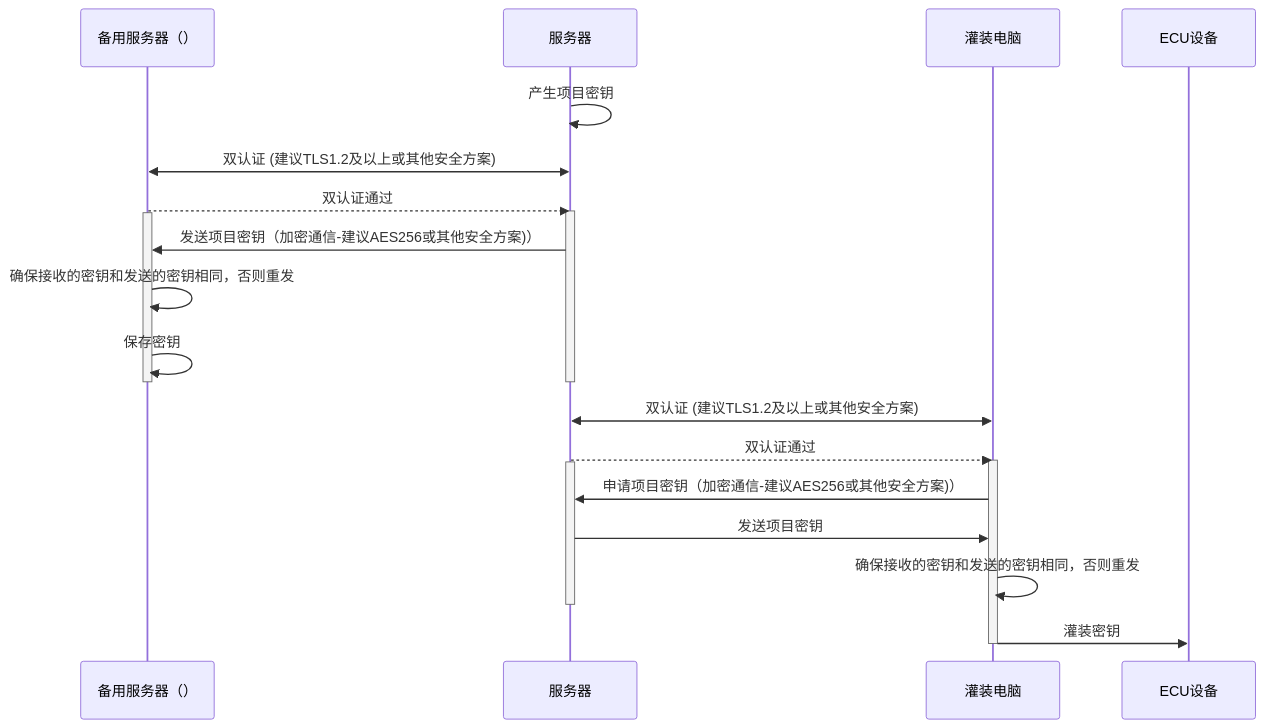
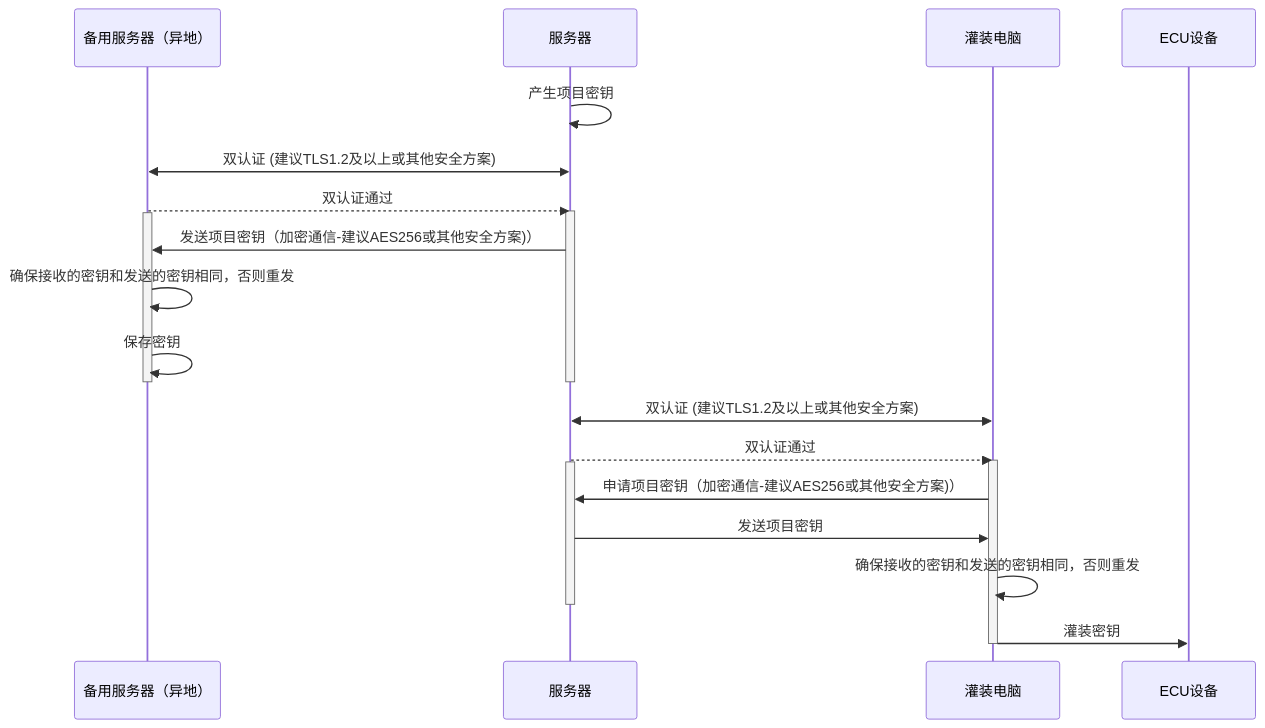
The diagram in all/未命名-10.md (facebook-cloud/iodraw-files), drawn with Mermaid before and after one commit.

Commit message:
2026-01-23 16:14:19 update

````diff
--- a/all/未命名-10.md
+++ b/all/未命名-10.md
@@ -1,32 +1,32 @@
 ```mermaid
 sequenceDiagram
-    participant B as 备用服务器（）
+    participant B as 备用服务器（异地）
     participant A as 服务器
     participant C as 灌装电脑
     participant D as ECU设备
 
     A->>A: 产生项目密钥
     A<<->>B: 双认证 (建议TLS1.2及以上或其他安全方案)
     B-->>A: 双认证通过
     activate A
     activate B
     A->>B: 发送项目密钥（加密通信-建议AES256或其他安全方案)）
 
     B->>B: 确保接收的密钥和发送的密钥相同，否则重发
     B->>B: 保存密钥
     deactivate B
     deactivate A
 
     C<<->>A: 双认证 (建议TLS1.2及以上或其他安全方案)
     A-->>C: 双认证通过
     activate C
     activate A
     C->>A: 申请项目密钥（加密通信-建议AES256或其他安全方案)）
     A->>C: 发送项目密钥
 
     C->>C: 确保接收的密钥和发送的密钥相同，否则重发
     deactivate A
     C->>D: 灌装密钥
     deactivate C
 
 ```
````
